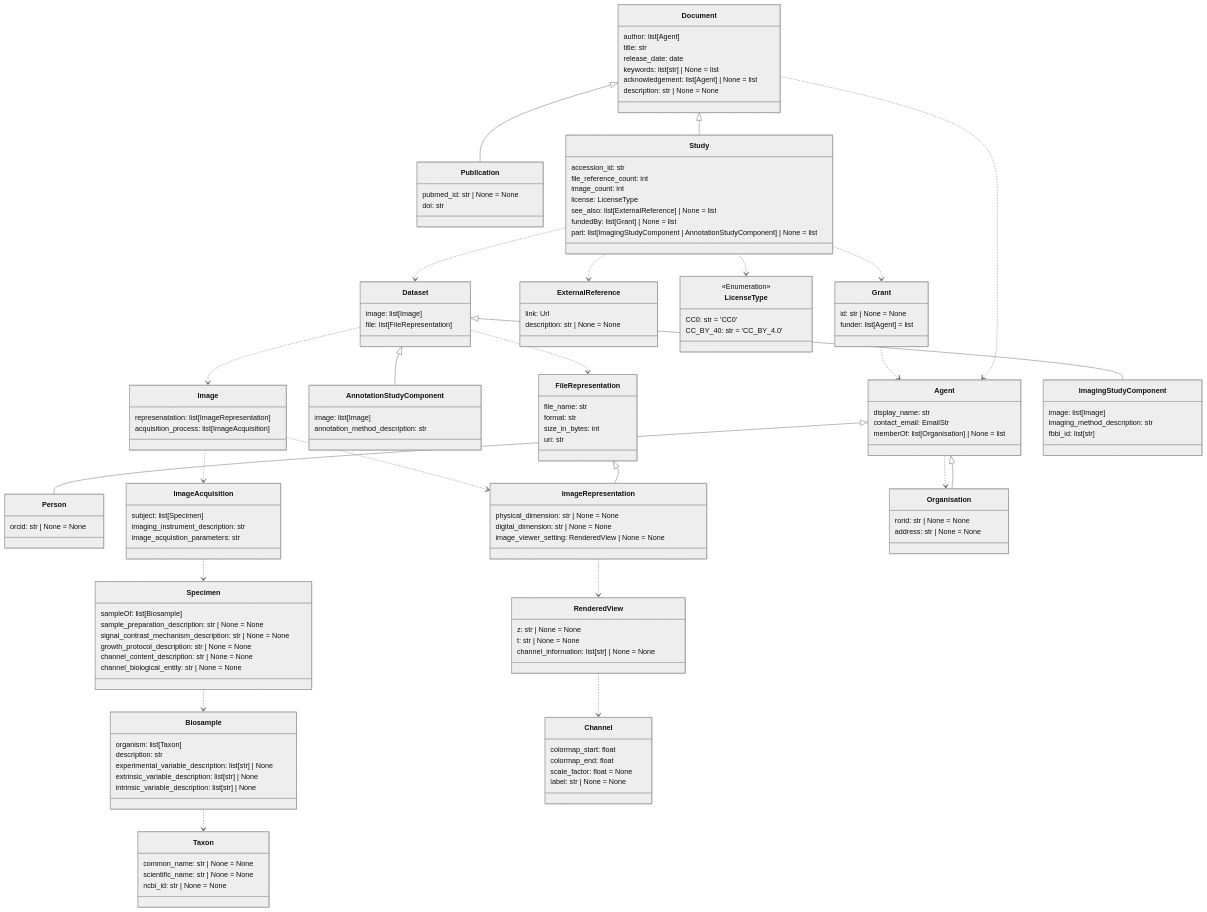
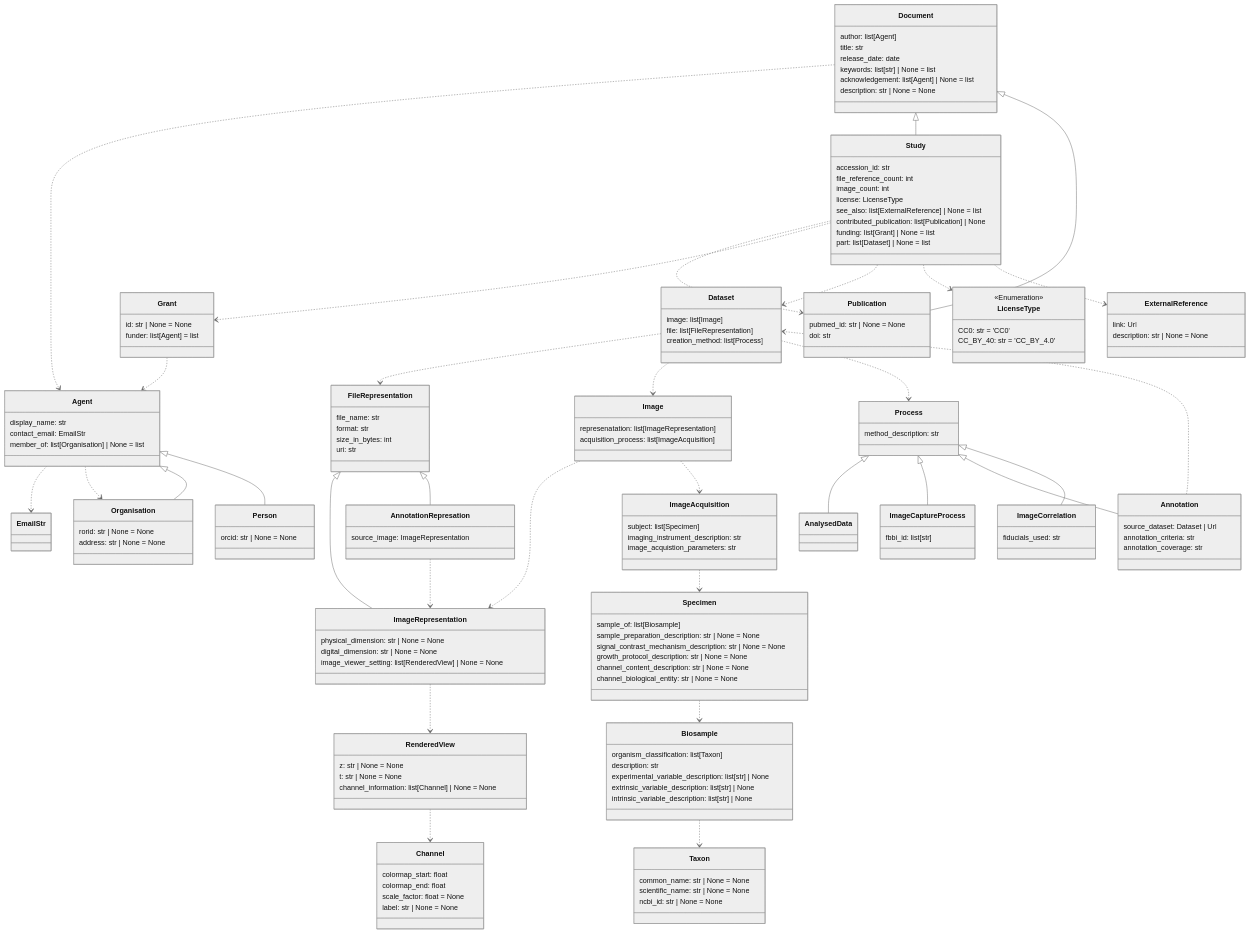
Before and after one commit to BioImage-Archive/bia-integrator: the diagram in bia-shared-datamodels/src/bia_models/class_diagram.md, drawn with Mermaid (neutral theme). The commit also changed 2 other files, not shown here.

Commit message:
created process class and subclasses to cover annotation, post-processing, and imaging techniques

````diff
--- a/bia-shared-datamodels/src/bia_models/class_diagram.md
+++ b/bia-shared-datamodels/src/bia_models/class_diagram.md
@@ -3,18 +1,23 @@
 ```mermaid
 classDiagram
+
+    class Biosample {
+        organism_classification: list[Taxon]
+        description: str
+        experimental_variable_description: list[str] | None
+        extrinsic_variable_description: list[str] | None
+        intrinsic_variable_description: list[str] | None
+    }
+
+    class Organisation {
+        rorid: str | None = None
+        address: str | None = None
+    }
 
     class Dataset {
         image: list[Image]
         file: list[FileRepresentation]
-    }
-
-    class ExternalReference {
-        link: Url
-        description: str | None = None
-    }
-
-    class Person {
-        orcid: str | None = None
+        creation_method: list[Process]
     }
 
     class Image {
@@ -22,44 +25,16 @@
         acquisition_process: list[ImageAcquisition]
     }
 
-    class ImageAcquisition {
-        subject: list[Specimen]
-        imaging_instrument_description: str
-        image_acquistion_parameters: str
+    class RenderedView {
+        z: str | None = None
+        t: str | None = None
+        channel_information: list[Channel] | None = None
     }
 
-    class LicenseType {
-        <<Enumeration>>
-        CC0: str = 'CC0'
-        CC_BY_40: str = 'CC_BY_4.0'
-    }
-
-    class AnnotationStudyComponent {
-        image: list[Image]
-        annotation_method_description: str
-    }
-
-    class Publication {
-        pubmed_id: str | None = None
-        doi: str
-    }
-
-    class Study {
-        accession_id: str
-        file_reference_count: int
-        image_count: int
-        license: LicenseType
-        see_also: list[ExternalReference] | None = list
-        fundedBy: list[Grant] | None = list
-        part: list[ImagingStudyComponent | AnnotationStudyComponent] | None = list
-    }
-
-    class Biosample {
-        organism: list[Taxon]
-        description: str
-        experimental_variable_description: list[str] | None
-        extrinsic_variable_description: list[str] | None
-        intrinsic_variable_description: list[str] | None
+    class ImageRepresentation {
+        physical_dimension: str | None = None
+        digital_dimension: str | None = None
+        image_viewer_setting: list[RenderedView] | None = None
     }
 
     class FileRepresentation {
@@ -69,15 +44,47 @@
         uri: str
     }
 
-    class Grant {
-        id: str | None = None
-        funder: list[Agent] = list
+    class Channel {
+        colormap_start: float
+        colormap_end: float
+        scale_factor: float = None
+        label: str | None = None
     }
 
-    class ImageRepresentation {
-        physical_dimension: str | None = None
-        digital_dimension: str | None = None
-        image_viewer_setting: RenderedView | None = None
+    class Person {
+        orcid: str | None = None
+    }
+
+    class ImageCaptureProcess {
+        fbbi_id: list[str]
+    }
+
+    class ImageAcquisition {
+        subject: list[Specimen]
+        imaging_instrument_description: str
+        image_acquistion_parameters: str
+    }
+
+    class Publication {
+        pubmed_id: str | None = None
+        doi: str
+    }
+
+    class ImageCorrelation {
+        fiducials_used: str
+    }
+
+    class Process {
+        method_description: str
+    }
+
+    class Agent {
+        display_name: str
+        contact_email: EmailStr
+        member_of: list[Organisation] | None = list
+    }
+
+    class AnalysedData {
     }
 
     class Document {
@@ -89,10 +96,50 @@
         description: str | None = None
     }
 
-    class Agent {
-        display_name: str
-        contact_email: EmailStr
-        memberOf: list[Organisation] | None = list
+    class ExternalReference {
+        link: Url
+        description: str | None = None
+    }
+
+    class Study {
+        accession_id: str
+        file_reference_count: int
+        image_count: int
+        license: LicenseType
+        see_also: list[ExternalReference] | None = list
+        contributed_publication: list[Publication] | None
+        funding: list[Grant] | None = list
+        part: list[Dataset] | None = list
+    }
+
+    class Grant {
+        id: str | None = None
+        funder: list[Agent] = list
+    }
+
+    class Annotation {
+        source_dataset: Dataset | Url
+        annotation_criteria: str
+        annotation_coverage: str
+    }
+
+    class AnnotationRepresation {
+        source_image: ImageRepresentation
+    }
+
+    class Specimen {
+        sample_of: list[Biosample]
+        sample_preparation_description: str | None = None
+        signal_contrast_mechanism_description: str | None = None
+        growth_protocol_description: str | None = None
+        channel_content_description: str | None = None
+        channel_biological_entity: str | None = None
+    }
+
+    class LicenseType {
+        <<Enumeration>>
+        CC0: str = 'CC0'
+        CC_BY_40: str = 'CC_BY_4.0'
     }
 
     class Taxon {
@@ -101,64 +148,37 @@
         ncbi_id: str | None = None
     }
 
-    class Channel {
-        colormap_start: float
-        colormap_end: float
-        scale_factor: float = None
-        label: str | None = None
-    }
-
-    class ImagingStudyComponent {
-        image: list[Image]
-        imaging_method_description: str
-        fbbi_id: list[str]
-    }
-
-    class Specimen {
-        sampleOf: list[Biosample]
-        sample_preparation_description: str | None = None
-        signal_contrast_mechanism_description: str | None = None
-        growth_protocol_description: str | None = None
-        channel_content_description: str | None = None
-        channel_biological_entity: str | None = None
-    }
-
-    class Organisation {
-        rorid: str | None = None
-        address: str | None = None
-    }
-
-    class RenderedView {
-        z: str | None = None
-        t: str | None = None
-        channel_information: list[str] | None = None
-    }
-
+    Agent ..> EmailStr
     Agent ..> Organisation
     Grant ..> Agent
     Document ..> Agent
+    Study ..> Publication
+    Study ..> Grant
     Study ..> Dataset
+    Study ..> LicenseType
     Study ..> ExternalReference
-    Study ..> LicenseType
-    Study ..> Grant
+    Dataset ..> FileRepresentation
     Dataset ..> Image
-    Dataset ..> FileRepresentation
+    Dataset ..> Process
+    Image ..> ImageRepresentation
     Image ..> ImageAcquisition
-    Image ..> ImageRepresentation
     ImageAcquisition ..> Specimen
     Specimen ..> Biosample
     Biosample ..> Taxon
     ImageRepresentation ..> RenderedView
+    AnnotationRepresation ..> ImageRepresentation
     RenderedView ..> Channel
+    Annotation ..> Dataset
 
-
+    Agent <|-- Organisation
     Agent <|-- Person
-    Agent <|-- Organisation
+    Document <|-- Study
     Document <|-- Publication
-    Document <|-- Study
-    Dataset <|-- AnnotationStudyComponent
-    Dataset <|-- ImagingStudyComponent
     FileRepresentation <|-- ImageRepresentation
-
+    FileRepresentation <|-- AnnotationRepresation
+    Process <|-- AnalysedData
+    Process <|-- ImageCaptureProcess
+    Process <|-- Annotation
+    Process <|-- ImageCorrelation
 
 ```
````
